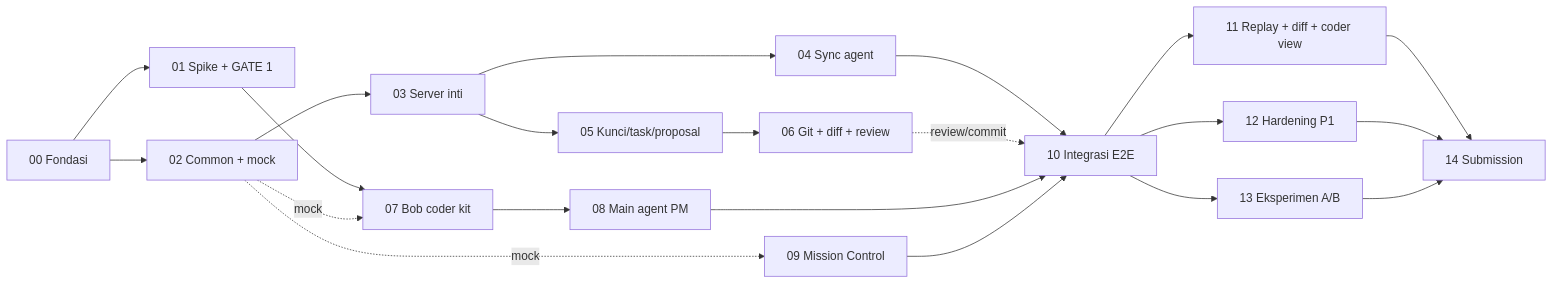
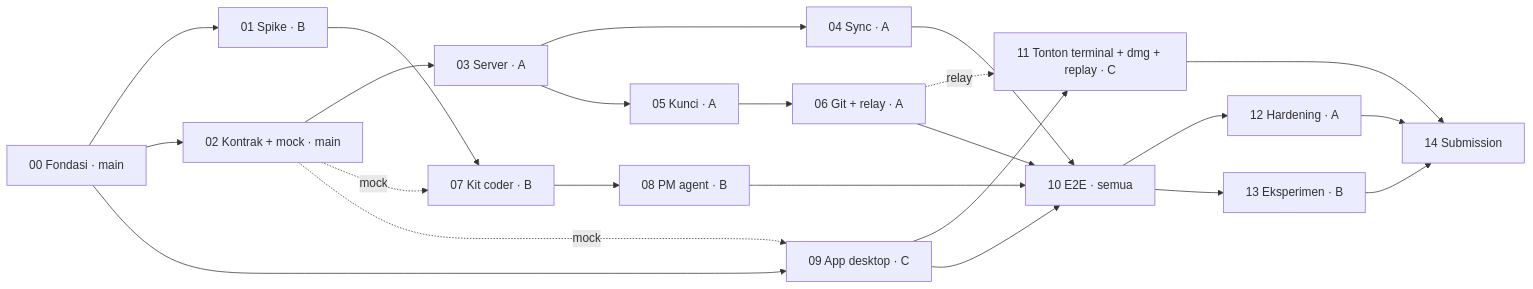
The diagram in plan/README.md (umarmuhdhor/IBM), drawn with Mermaid before and after one commit. The commit also changed other lines of this file and 67 other files, not shown here.

````diff
--- a/plan/README.md
+++ b/plan/README.md
@@ -84,23 +69,25 @@
 ```mermaid
 flowchart LR
-  F00[00 Fondasi] --> F01[01 Spike + GATE 1]
-  F00 --> F02[02 Common + mock]
-  F02 --> F03[03 Server inti]
-  F03 --> F04[04 Sync agent]
-  F03 --> F05[05 Kunci/task/proposal]
-  F05 --> F06[06 Git + diff + review]
-  F01 --> F07[07 Bob coder kit]
+  F00[00 Fondasi · main] --> F01[01 Spike · B]
+  F00 --> F02[02 Kontrak + mock · main]
+  F02 --> F03[03 Server · A]
+  F03 --> F04[04 Sync · A]
+  F03 --> F05[05 Kunci · A]
+  F05 --> F06[06 Git + relay · A]
+  F01 --> F07[07 Kit coder · B]
   F02 -. mock .-> F07
-  F07 --> F08[08 Main agent PM]
-  F02 -. mock .-> F09[09 Mission Control]
-  F04 --> F10[10 Integrasi E2E]
-  F06 -. review/commit .-> F10
+  F07 --> F08[08 PM agent · B]
+  F00 --> F09[09 App desktop · C]
+  F02 -. mock .-> F09
+  F09 --> F11[11 Tonton terminal + dmg + replay · C]
+  F06 -. relay .-> F11
+  F04 --> F10[10 E2E · semua]
+  F06 --> F10
   F08 --> F10
   F09 --> F10
-  F10 --> F11[11 Replay + diff + coder view]
-  F10 --> F12[12 Hardening P1]
-  F10 --> F13[13 Eksperimen A/B]
+  F10 --> F12[12 Hardening · A]
+  F10 --> F13[13 Eksperimen · B]
   F11 --> F14[14 Submission]
   F12 --> F14
   F13 --> F14
 ```
````
